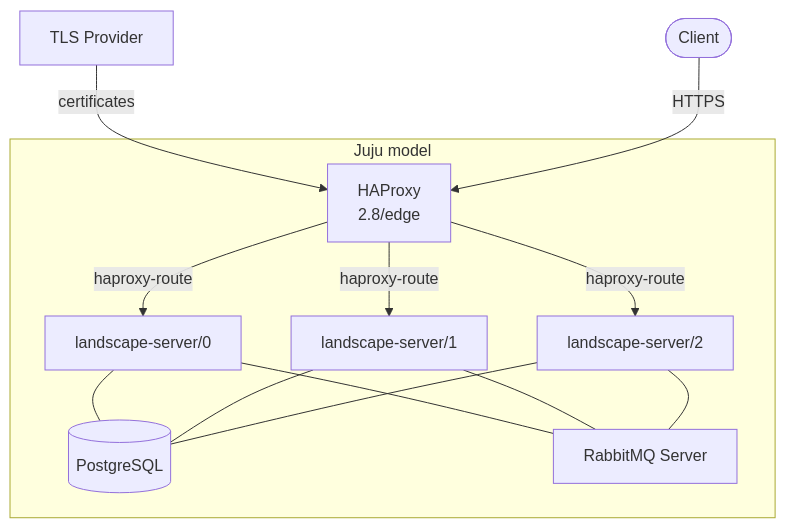
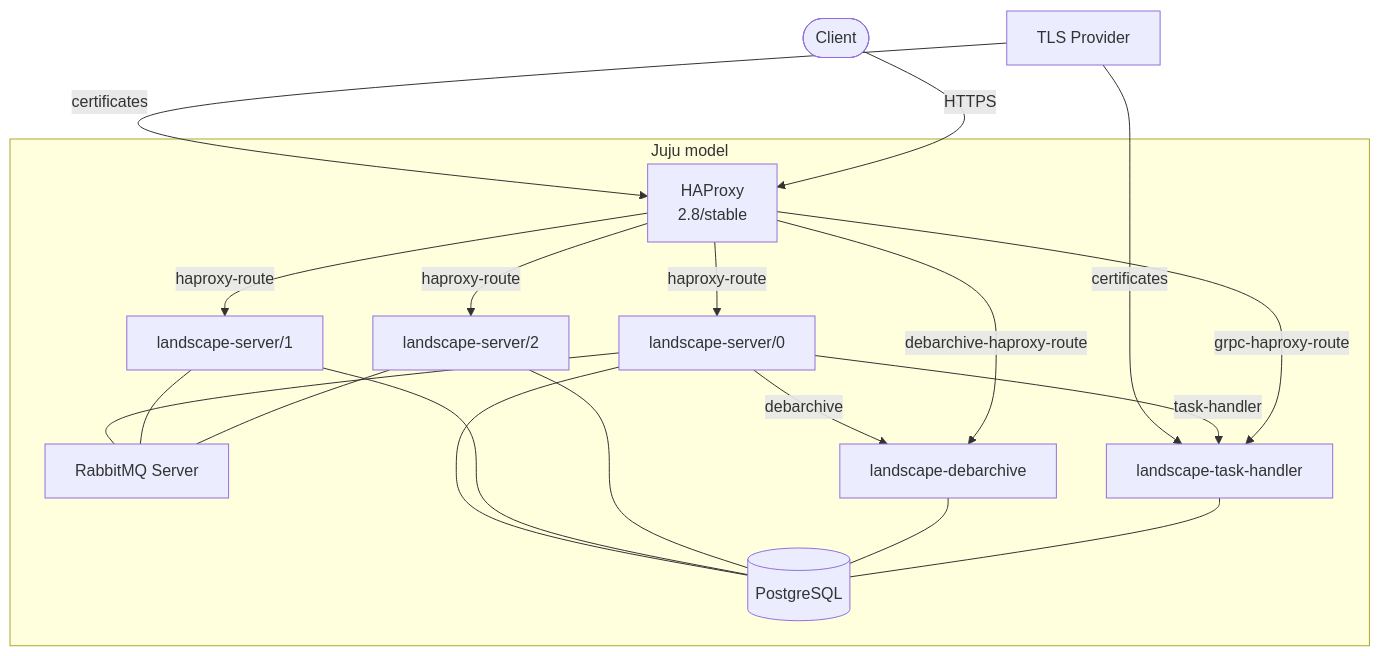
The diagram in docs/reuse/charm-ha-architecture-2604.md (canonical/landscape-documentation), drawn with Mermaid before and after one commit. The commit also changed 35 other files, not shown here.

````diff
--- a/docs/reuse/charm-ha-architecture-2604.md
+++ b/docs/reuse/charm-ha-architecture-2604.md
@@ -1,20 +1,29 @@
 ```{mermaid}
 flowchart TD
     Client([Client])
     TLS[TLS Provider]
     subgraph model[Juju model]
-        HAProxy["HAProxy<br/>2.8/edge"]
+        HAProxy["HAProxy<br/>2.8/stable"]
         LS0[landscape-server/0]
         LS1[landscape-server/1]
         LS2[landscape-server/2]
         PG[(PostgreSQL)]
         RMQ[RabbitMQ Server]
+        DA[landscape-debarchive]
+        TH[landscape-task-handler]
     end
     TLS -- certificates --> HAProxy
+    TLS -- certificates --> TH
     Client -- HTTPS --> HAProxy
     HAProxy -- haproxy-route --> LS0
     HAProxy -- haproxy-route --> LS1
     HAProxy -- haproxy-route --> LS2
     LS0 & LS1 & LS2 --- PG
     LS0 & LS1 & LS2 --- RMQ
+    LS0 -- debarchive --> DA
+    DA --- PG
+    HAProxy -- debarchive-haproxy-route --> DA
+    LS0 -- task-handler --> TH
+    TH --- PG
+    HAProxy -- grpc-haproxy-route --> TH
 ```
````
